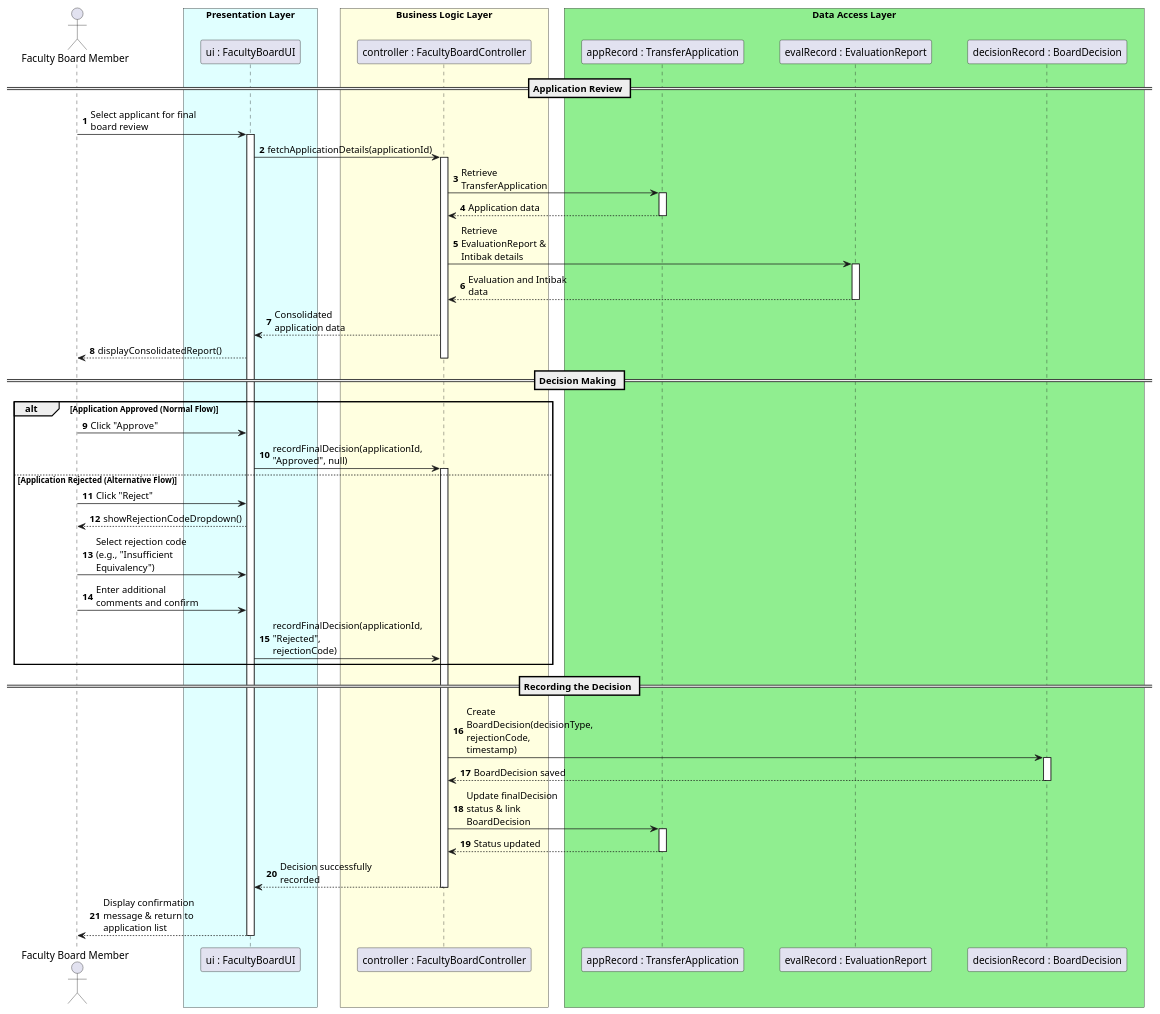
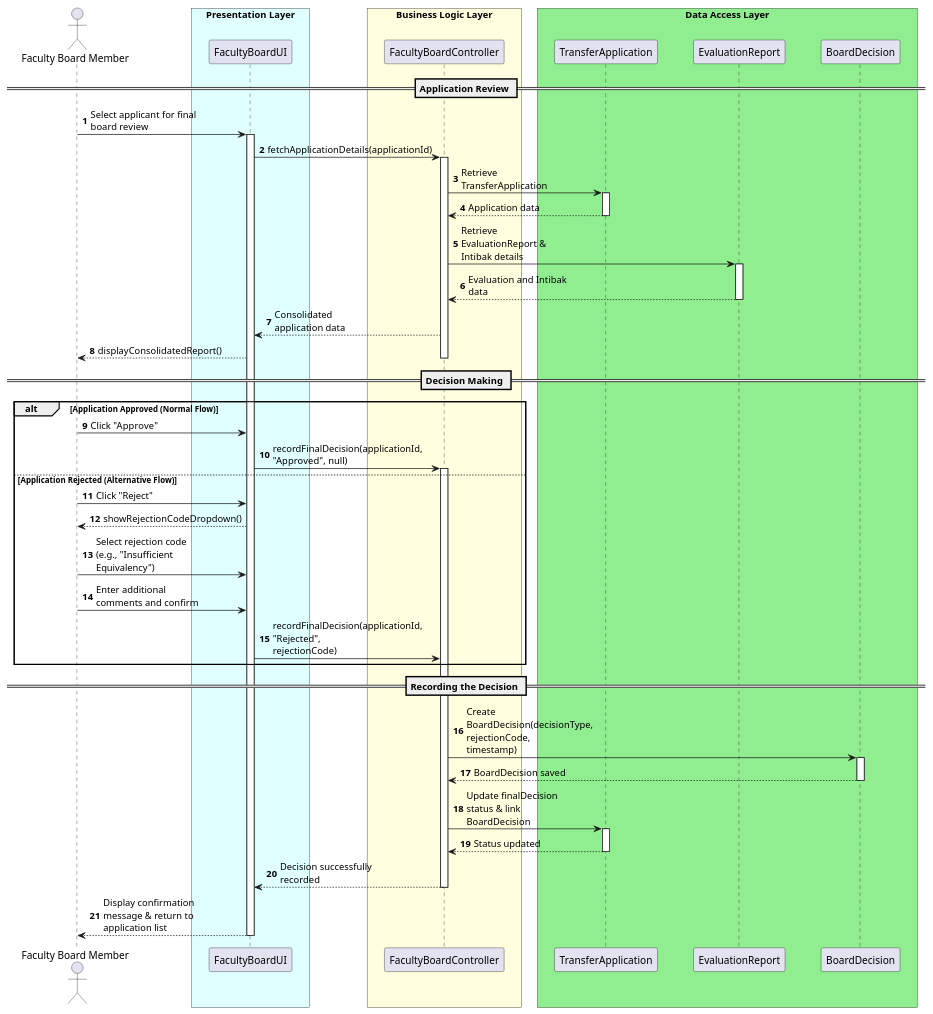
Before and after one commit to UTMS-G02/utms: the diagram in docs/uml/uc-11.puml, drawn with PlantUML. The commit also changed 6 other files, not shown here.

```diff
--- a/docs/uml/uc-11.puml
+++ b/docs/uml/uc-11.puml
@@ -1,77 +1,77 @@
 @startuml uc-11
 autonumber
 skinparam maxMessageSize 150
 skinparam ParticipantPadding 20
 skinparam BoxPadding 10
 
 actor "Faculty Board Member" as Board
 
 box "Presentation Layer" #LightCyan
-participant "ui : FacultyBoardUI" as UI
+participant "FacultyBoardUI" as UI
 end box
 
 box "Business Logic Layer" #LightYellow
-participant "controller : FacultyBoardController" as Controller
+participant "FacultyBoardController" as Controller
 end box
 
 box "Data Access Layer" #LightGreen
-participant "appRecord : TransferApplication" as AppDB
-participant "evalRecord : EvaluationReport" as EvalDB
-participant "decisionRecord : BoardDecision" as DecisionDB
+participant "TransferApplication" as AppDB
+participant "EvaluationReport" as EvalDB
+participant "BoardDecision" as DecisionDB
 end box
 
 == Application Review ==
 Board -> UI: Select applicant for final board review
 activate UI
 
 UI -> Controller: fetchApplicationDetails(applicationId)
 activate Controller
 
 Controller -> AppDB: Retrieve TransferApplication
 activate AppDB
 AppDB --> Controller: Application data
 deactivate AppDB
 
 Controller -> EvalDB: Retrieve EvaluationReport & Intibak details
 activate EvalDB
 EvalDB --> Controller: Evaluation and Intibak data
 deactivate EvalDB
 
 
 
 Controller --> UI: Consolidated application data
 UI --> Board: displayConsolidatedReport()
 deactivate Controller
 
 == Decision Making ==
 alt Application Approved (Normal Flow)
     Board -> UI: Click "Approve"
     UI -> Controller: recordFinalDecision(applicationId, "Approved", null)
     activate Controller
     
 else Application Rejected (Alternative Flow)
     Board -> UI: Click "Reject"
     UI --> Board: showRejectionCodeDropdown()
     Board -> UI: Select rejection code (e.g., "Insufficient Equivalency") 
     Board -> UI: Enter additional comments and confirm
     UI -> Controller: recordFinalDecision(applicationId, "Rejected", rejectionCode)
 end
 
 == Recording the Decision ==
 Controller -> DecisionDB: Create BoardDecision(decisionType, rejectionCode, timestamp)
 activate DecisionDB
 DecisionDB --> Controller: BoardDecision saved
 deactivate DecisionDB
 
 Controller -> AppDB: Update finalDecision status & link BoardDecision
 activate AppDB
 AppDB --> Controller: Status updated
 deactivate AppDB
 
 Controller --> UI: Decision successfully recorded
 deactivate Controller
 
 UI --> Board: Display confirmation message & return to application list
 deactivate UI
 
 @enduml
```
